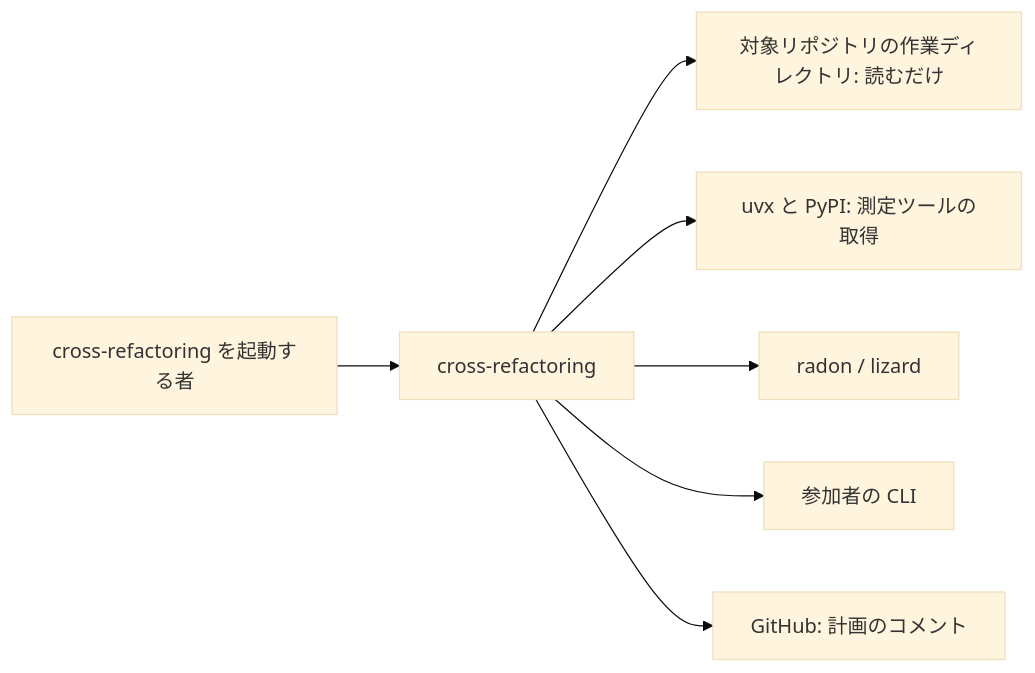
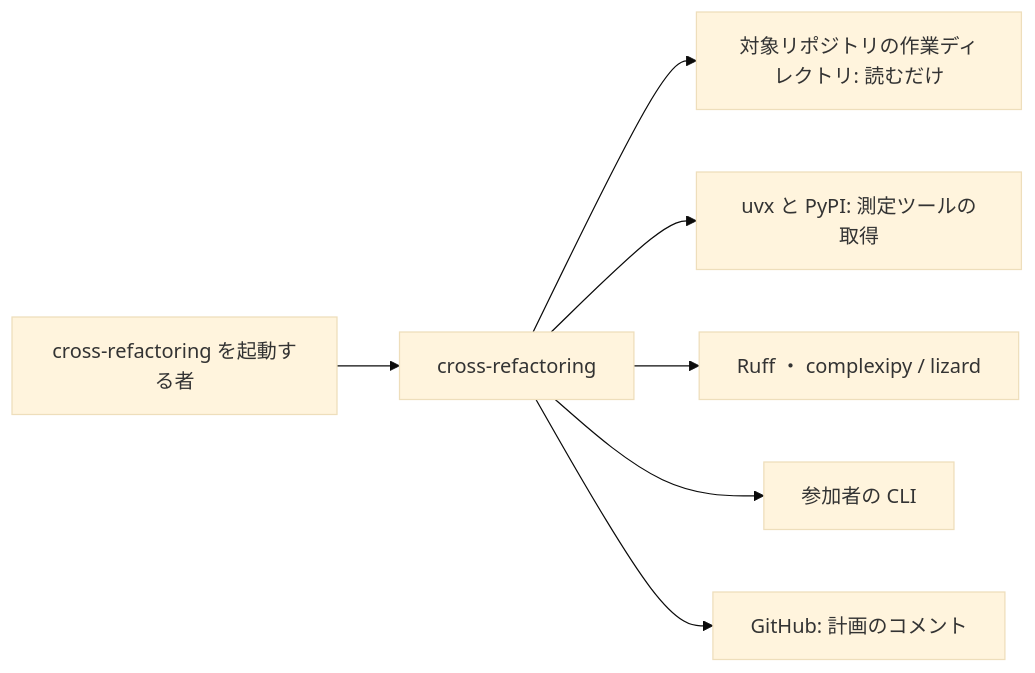
One commit to devbasex/ai-plugins changed the second of 7 diagrams in issues/issue-1319-design.md. Above: the diagram before and after it, drawn with Mermaid (base theme). The commit also changed other lines of this file and 3 other files, not shown here.

First line of the commit message:
Update: #1319 の設計で Python の指標を Ruff と complexipy にする

````diff
--- a/issues/issue-1319-design.md
+++ b/issues/issue-1319-design.md
@@ -156,9 +157,9 @@
 ```mermaid
 graph LR
     起動者[cross-refactoring を起動する者] --> 本体[cross-refactoring]
     本体 --> 対象[対象リポジトリの作業ディレクトリ: 読むだけ]
     本体 --> uv[uvx と PyPI: 測定ツールの取得]
-    本体 --> ツール[radon / lizard]
+    本体 --> ツール[Ruff ・ complexipy / lizard]
     本体 --> 参加者[参加者の CLI]
     本体 --> GH[GitHub: 計画のコメント]
 ```
````
